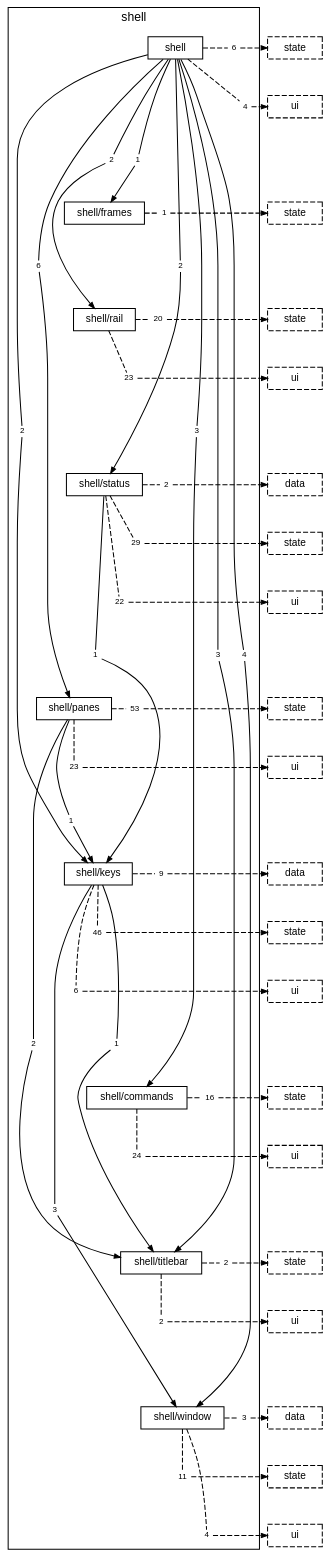
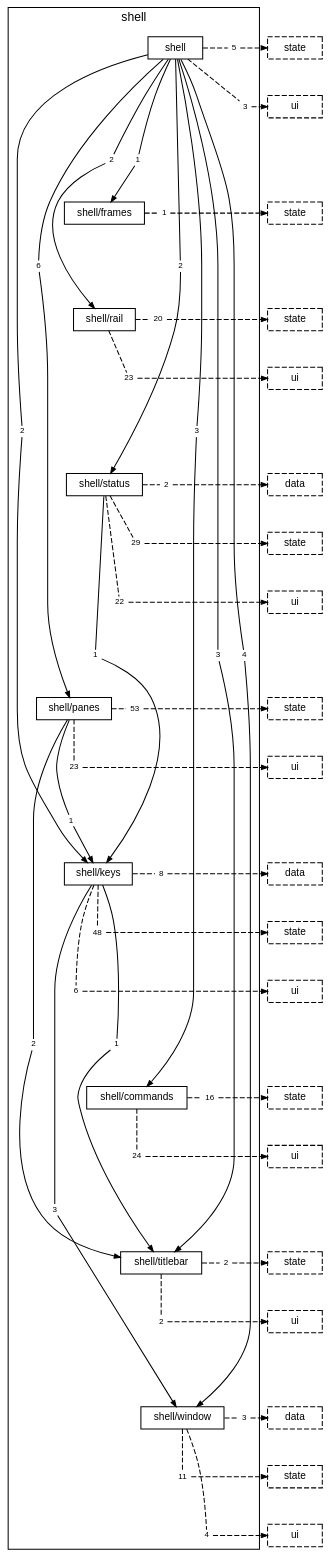
Before and after one commit to TheAxeC/oculus: the diagram in docs/diagrams/layer-shell.dot, drawn with Graphviz. The commit also changed 471 other files, not shown here.

```diff
--- a/docs/diagrams/layer-shell.dot
+++ b/docs/diagrams/layer-shell.dot
@@ -21,8 +21,8 @@
         "folder shell to folder shell/status" [label="2", shape=box, color="transparent", fontsize=8, width=0, height=0, margin="0.04,0.02"];
         "folder shell to folder shell/titlebar" [label="3", shape=box, color="transparent", fontsize=8, width=0, height=0, margin="0.04,0.02"];
         "folder shell to folder shell/window" [label="4", shape=box, color="transparent", fontsize=8, width=0, height=0, margin="0.04,0.02"];
-        "folder shell to layer state" [label="6", shape=box, color="transparent", fontsize=8, width=0, height=0, margin="0.04,0.02"];
-        "folder shell to layer ui" [label="4", shape=box, color="transparent", fontsize=8, width=0, height=0, margin="0.04,0.02"];
+        "folder shell to layer state" [label="5", shape=box, color="transparent", fontsize=8, width=0, height=0, margin="0.04,0.02"];
+        "folder shell to layer ui" [label="3", shape=box, color="transparent", fontsize=8, width=0, height=0, margin="0.04,0.02"];
         "folder shell/frames to layer state" [label="1", shape=box, color="transparent", fontsize=8, width=0, height=0, margin="0.04,0.02"];
         "folder shell/rail to layer state" [label="20", shape=box, color="transparent", fontsize=8, width=0, height=0, margin="0.04,0.02"];
         "folder shell/rail to layer ui" [label="23", shape=box, color="transparent", fontsize=8, width=0, height=0, margin="0.04,0.02"];
@@ -36,8 +36,8 @@
         "folder shell/panes to layer ui" [label="23", shape=box, color="transparent", fontsize=8, width=0, height=0, margin="0.04,0.02"];
         "folder shell/keys to folder shell/titlebar" [label="1", shape=box, color="transparent", fontsize=8, width=0, height=0, margin="0.04,0.02"];
         "folder shell/keys to folder shell/window" [label="3", shape=box, color="transparent", fontsize=8, width=0, height=0, margin="0.04,0.02"];
-        "folder shell/keys to layer data" [label="9", shape=box, color="transparent", fontsize=8, width=0, height=0, margin="0.04,0.02"];
-        "folder shell/keys to layer state" [label="46", shape=box, color="transparent", fontsize=8, width=0, height=0, margin="0.04,0.02"];
+        "folder shell/keys to layer data" [label="8", shape=box, color="transparent", fontsize=8, width=0, height=0, margin="0.04,0.02"];
+        "folder shell/keys to layer state" [label="48", shape=box, color="transparent", fontsize=8, width=0, height=0, margin="0.04,0.02"];
         "folder shell/keys to layer ui" [label="6", shape=box, color="transparent", fontsize=8, width=0, height=0, margin="0.04,0.02"];
         "folder shell/commands to layer state" [label="16", shape=box, color="transparent", fontsize=8, width=0, height=0, margin="0.04,0.02"];
         "folder shell/commands to layer ui" [label="24", shape=box, color="transparent", fontsize=8, width=0, height=0, margin="0.04,0.02"];
```
